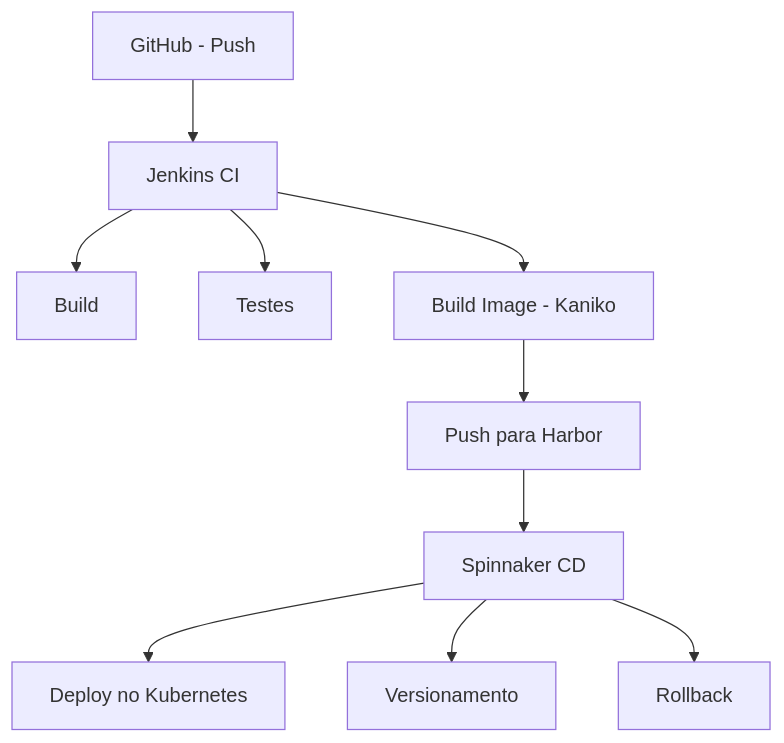
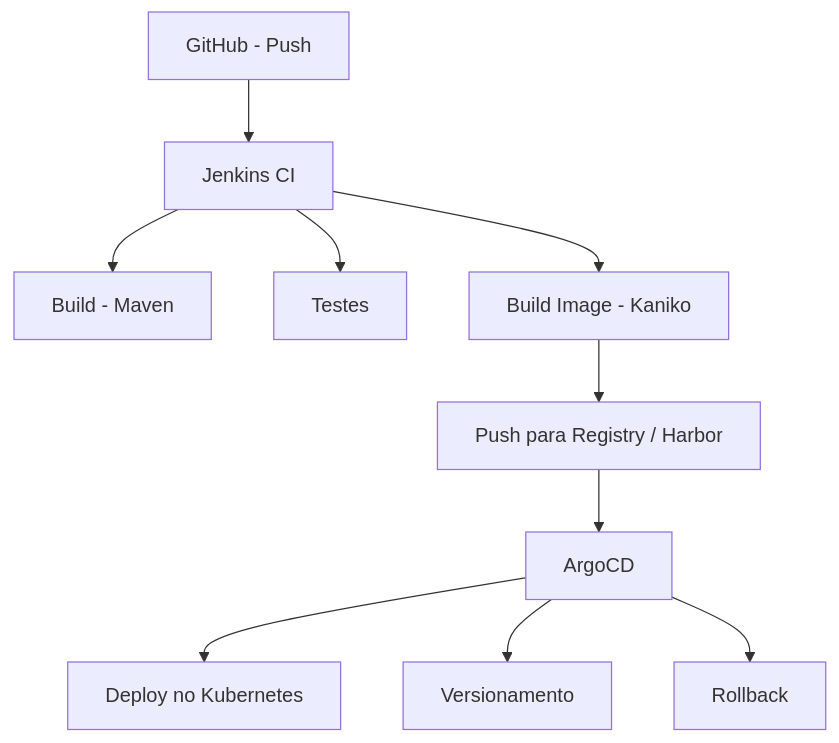
The diagram in README.md (guigomes91/cicd), drawn with Mermaid before and after one commit. The commit also changed other lines of this file and 2 other files, not shown here.

````diff
--- a/README.md
+++ b/README.md
@@ -30,12 +33,12 @@
 ```mermaid
 graph TD
     A[GitHub - Push] --> B[Jenkins CI]
-    B --> B1[Build]
+    B --> B1[Build - Maven]
     B --> B2[Testes]
     B --> B3[Build Image - Kaniko]
-    B3 --> B4[Push para Harbor]
-    B4 --> C[Spinnaker CD]
+    B3 --> B4[Push para Registry / Harbor]
+    B4 --> C[ArgoCD]
     C --> C1[Deploy no Kubernetes]
     C --> C2[Versionamento]
     C --> C3[Rollback]
 ```
````
